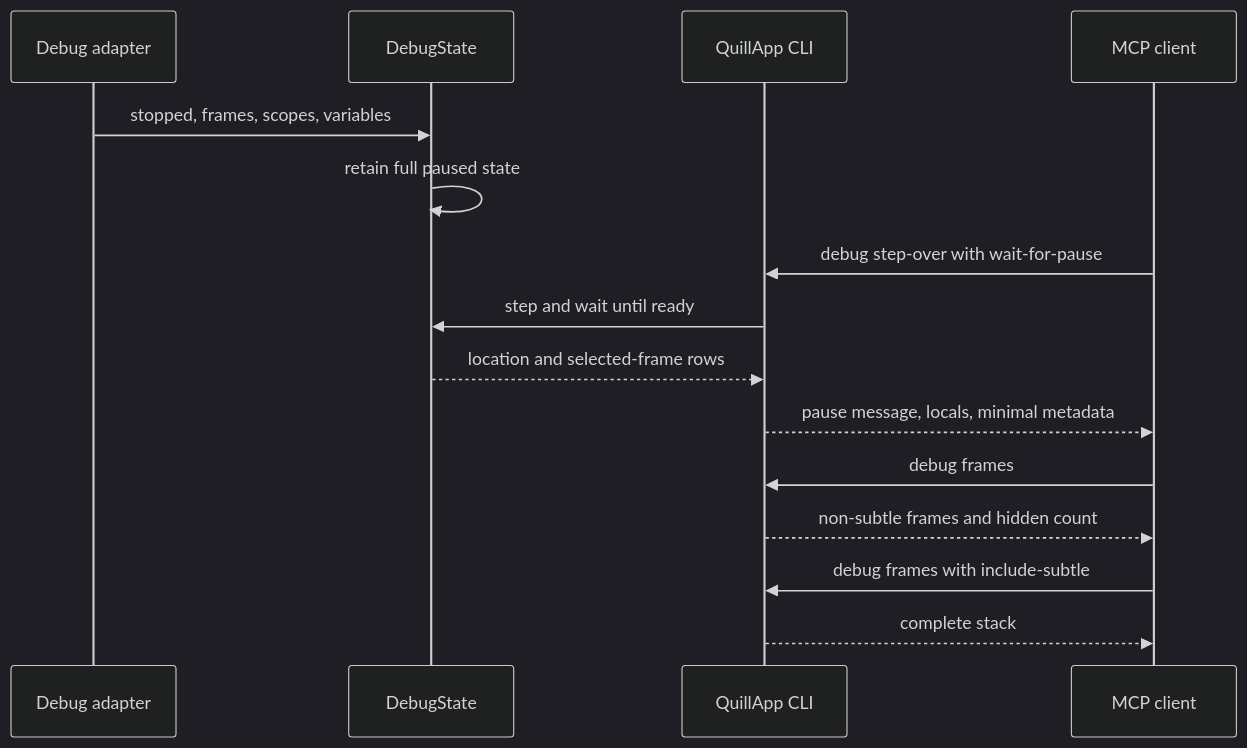
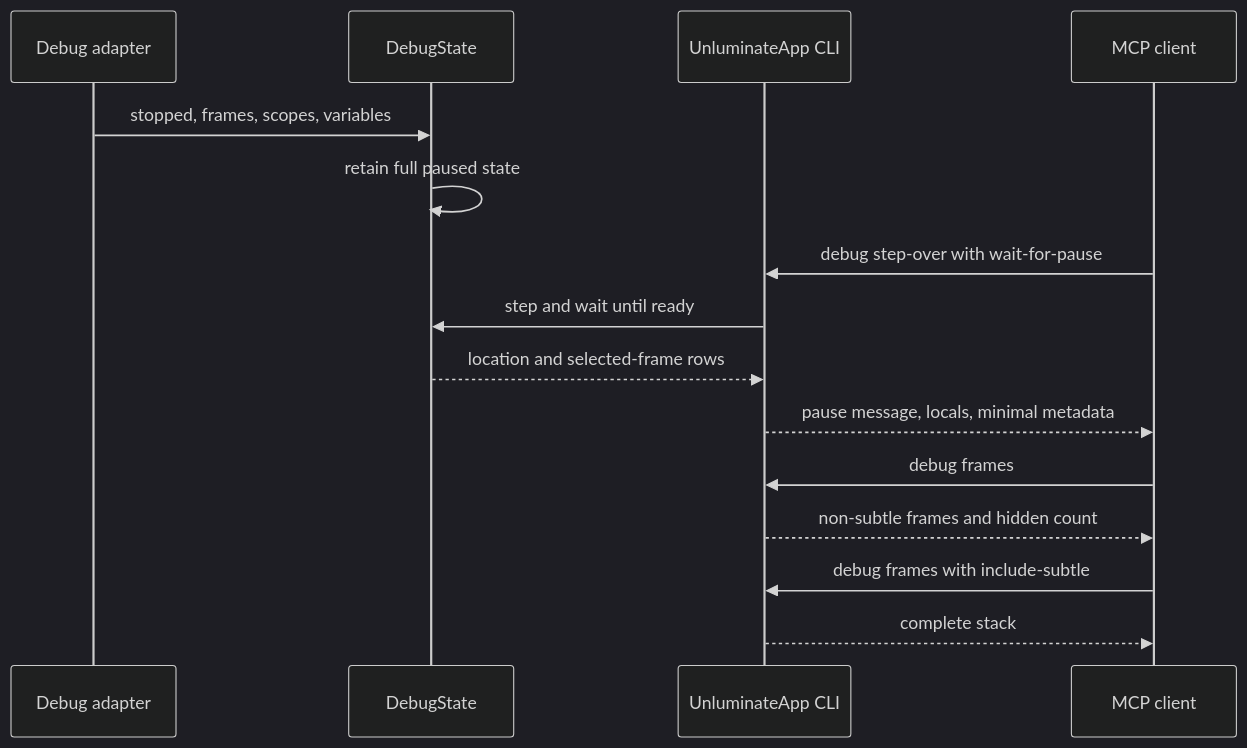
One commit to Black-Rainbow-Labs/Unluminous changed the second of 2 diagrams in tasks/task-1700-debug-replies-tdd.md. Above: the diagram before and after it, drawn with Mermaid (dark theme). The commit also changed other lines of this file and 1291 other files, not shown here.

First line of the commit message:
task-1800: rename Quill to Unluminate

````diff
--- a/tasks/task-1700-debug-replies-tdd.md
+++ b/tasks/task-1700-debug-replies-tdd.md
@@ -79,17 +79,17 @@
 ```mermaid
 sequenceDiagram
     participant Adapter as Debug adapter
     participant State as DebugState
-    participant CLI as QuillApp CLI
+    participant CLI as UnluminateApp CLI
     participant Agent as MCP client
     Adapter->>State: stopped, frames, scopes, variables
     State->>State: retain full paused state
     Agent->>CLI: debug step-over with wait-for-pause
     CLI->>State: step and wait until ready
     State-->>CLI: location and selected-frame rows
     CLI-->>Agent: pause message, locals, minimal metadata
     Agent->>CLI: debug frames
     CLI-->>Agent: non-subtle frames and hidden count
     Agent->>CLI: debug frames with include-subtle
     CLI-->>Agent: complete stack
 ```
````
